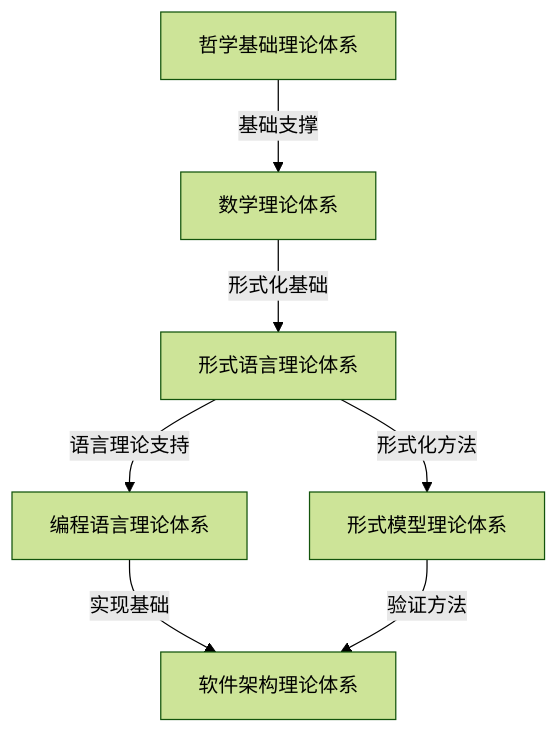
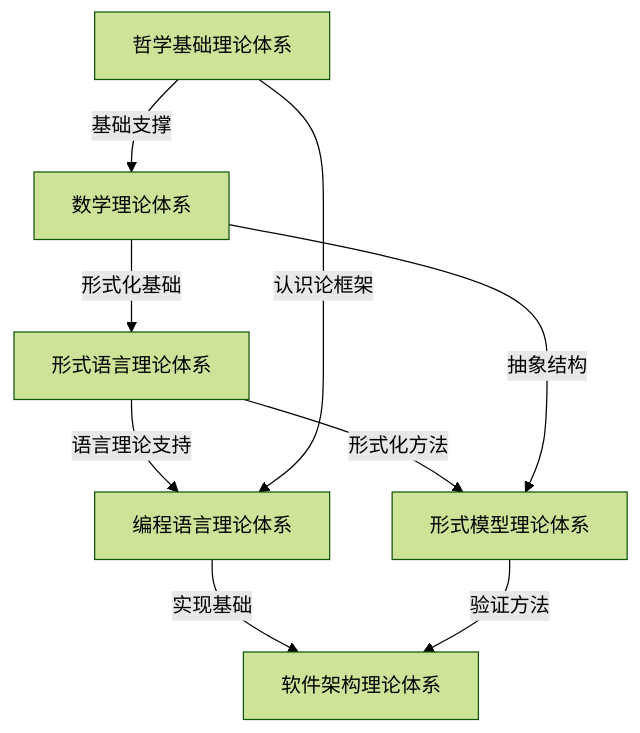
One commit to AdaMartin18010/formal-architecture changed the diagram in Analysis/09-索引与导航/理论体系关系图.md. Above: the diagram before and after it, drawn with Mermaid (forest theme). The commit also changed other lines of this file and 385 other files, not shown here.

````diff
--- a/Analysis/09-索引与导航/理论体系关系图.md
+++ b/Analysis/09-索引与导航/理论体系关系图.md
@@ -9,15 +11,17 @@
 ```mermaid
 graph TD
     system1[哲学基础理论体系]
     system2[数学理论体系]
     system3[形式语言理论体系]
     system4[软件架构理论体系]
     system5[编程语言理论体系]
     system6[形式模型理论体系]
     system1 -->|基础支撑| system2
     system2 -->|形式化基础| system3
     system3 -->|语言理论支持| system5
     system3 -->|形式化方法| system6
     system5 -->|实现基础| system4
     system6 -->|验证方法| system4
+    system2 -->|抽象结构| system6
+    system1 -->|认识论框架| system5
 ```
````
